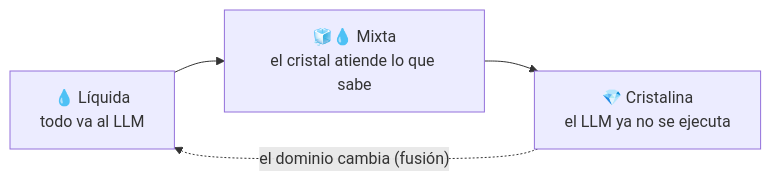
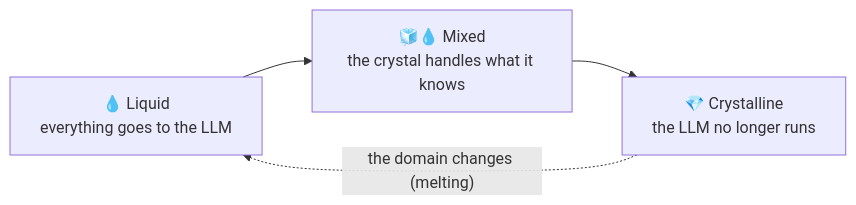
The diagram in abstract-architectures/cristalizacion.md (AbstractBike/SilvioMaciasSanchez), drawn with Mermaid before and after one commit. The commit also changed other lines of this file and 4 other files, not shown here.

````diff
--- a/abstract-architectures/cristalizacion.md
+++ b/abstract-architectures/cristalizacion.md
@@ -35,6 +35,6 @@
 ```mermaid
 flowchart LR
-    L["💧 Líquida<br/>todo va al LLM"] --> M["🧊💧 Mixta<br/>el cristal atiende lo que sabe"]
-    M --> C["💎 Cristalina<br/>el LLM ya no se ejecuta"]
-    C -. "el dominio cambia (fusión)" .-> L
+    L["💧 Liquid<br/>everything goes to the LLM"] --> M["🧊💧 Mixed<br/>the crystal handles what it knows"]
+    M --> C["💎 Crystalline<br/>the LLM no longer runs"]
+    C -. "the domain changes (melting)" .-> L
 ```
````
